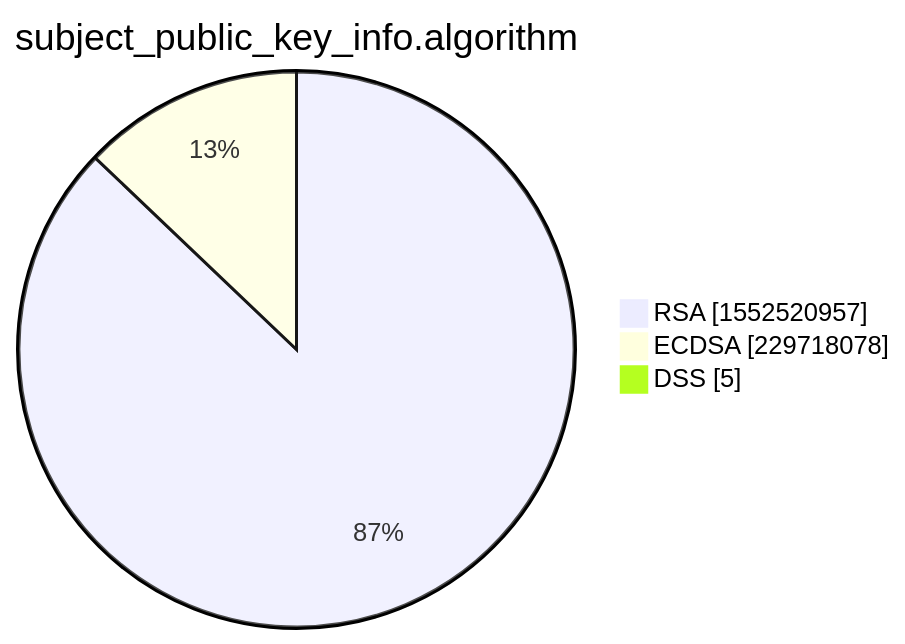
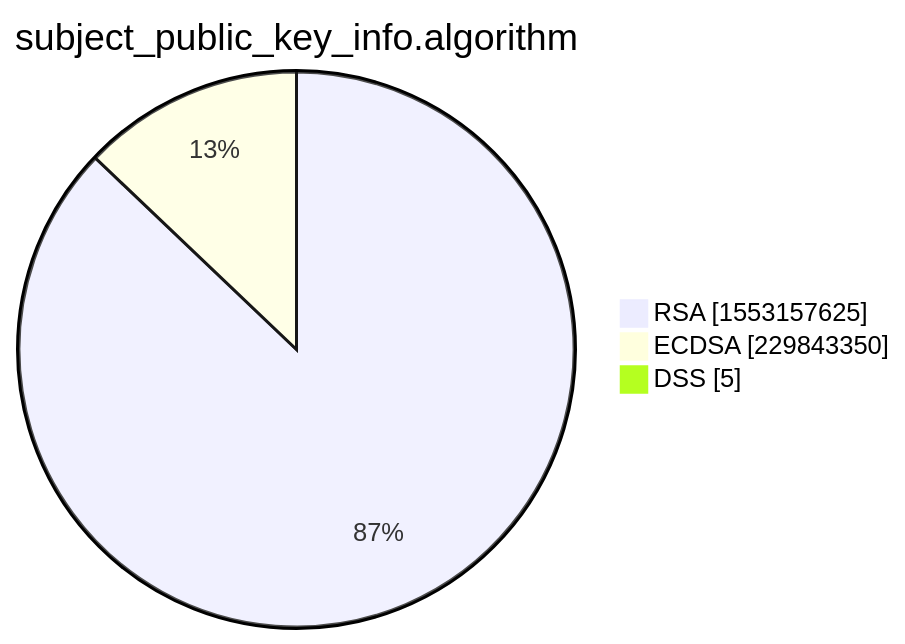
Before and after one commit to christiankrug/ctmonitor_visualization: the third of 15 diagrams in xenon2022/README.md, drawn with Mermaid. The commit also changed other lines of this file, not shown here.

````diff
--- a/xenon2022/README.md
+++ b/xenon2022/README.md
@@ -14,7 +14,7 @@
 ```mermaid
 pie showData
 title subject_public_key_info.algorithm
-"RSA" :1552520957
-"ECDSA" :229718078
+"RSA" :1553157625
+"ECDSA" :229843350
 "DSS" :5
 ```
````
